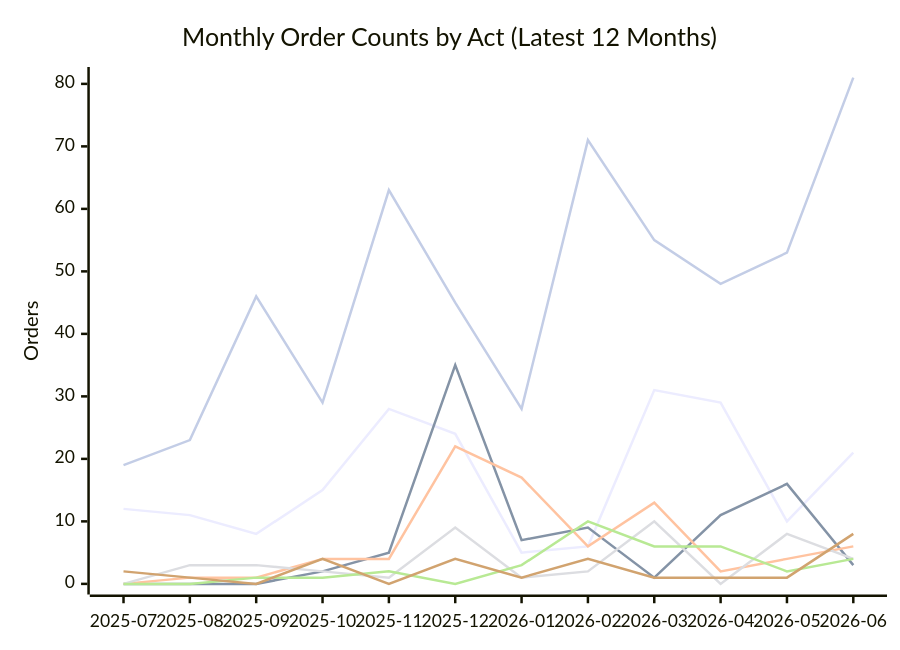
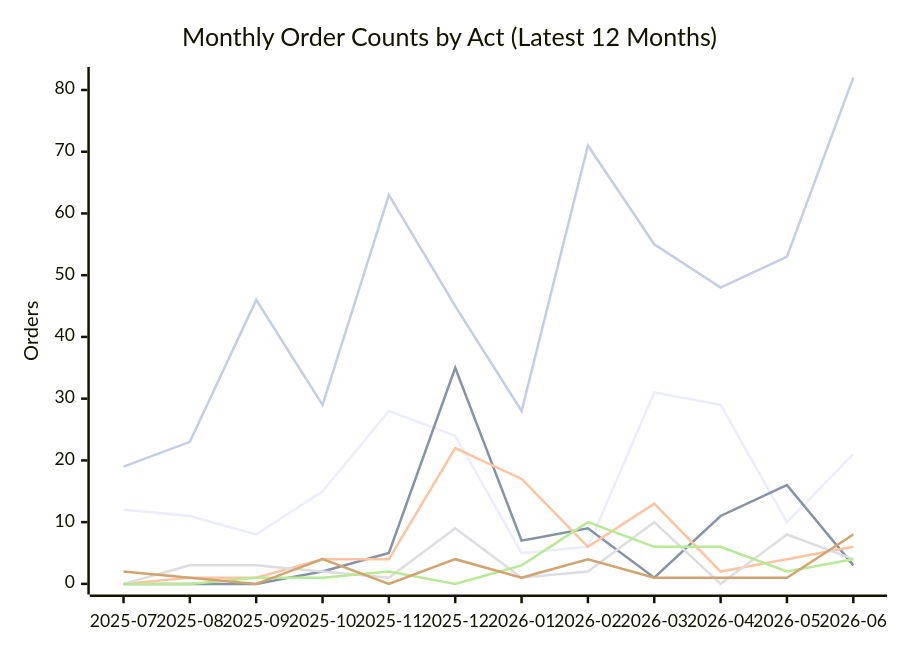
One commit to PatLittle/oic-data changed the second of 2 diagrams in README.md. Above: the diagram before and after it, drawn with Mermaid. The commit also changed other lines of this file and 3 other files, not shown here.

````diff
--- a/README.md
+++ b/README.md
@@ -71,13 +71,13 @@
 ```mermaid
 xychart-beta
     title "Monthly Order Counts by Act (Latest 12 Months)"
     x-axis ["2025-07", "2025-08", "2025-09", "2025-10", "2025-11", "2025-12", "2026-01", "2026-02", "2026-03", "2026-04", "2026-05", "2026-06"]
-    y-axis "Orders" 0 --> 81
+    y-axis "Orders" 0 --> 82
     line [12, 11, 8, 15, 28, 24, 5, 6, 31, 29, 10, 21]
     line [0, 0, 0, 2, 5, 35, 7, 9, 1, 11, 16, 3]
     line [0, 1, 1, 4, 4, 22, 17, 6, 13, 2, 4, 6]
     line [0, 3, 3, 2, 1, 9, 1, 2, 10, 0, 8, 4]
     line [0, 0, 1, 1, 2, 0, 3, 10, 6, 6, 2, 4]
     line [2, 1, 0, 4, 0, 4, 1, 4, 1, 1, 1, 8]
-    line [19, 23, 46, 29, 63, 45, 28, 71, 55, 48, 53, 81]
+    line [19, 23, 46, 29, 63, 45, 28, 71, 55, 48, 53, 82]
 ```
````
